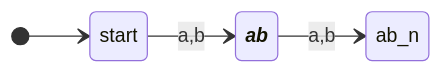
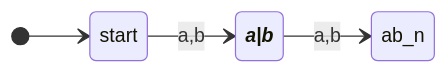
One commit to Alyksett/School-Notes changed the seventh of 10 diagrams in 4011 Formal Language and Autonoma/Homework/Austin Lyksett Assignment 1.md. Above: the diagram before and after it, drawn with Mermaid. The commit also changed other lines of this file, not shown here.

````diff
--- a/4011 Formal Language and Autonoma/Homework/Austin Lyksett Assignment 1.md
+++ b/4011 Formal Language and Autonoma/Homework/Austin Lyksett Assignment 1.md
@@ -139,9 +153,9 @@
 ```mermaid
 stateDiagram-v2
 Direction LR
 classDef acceptState font-style:italic,font-weight:bold
    [*] --> start
-   start --> ab::: acceptState : a,b
-   ab --> ab_n: a,b
+   start --> a|b::: acceptState : a,b
+   a|b --> ab_n: a,b
    
 ```
````
